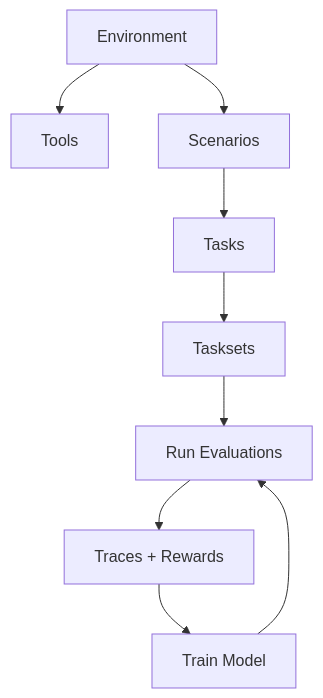
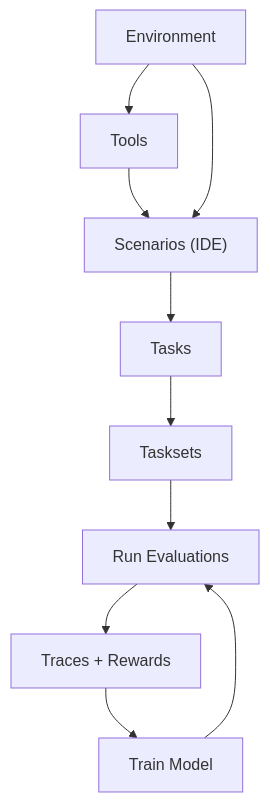
One commit to hud-evals/hud-python changed the diagram in docs/concepts.mdx. Above: the diagram before and after it, drawn with Mermaid. The commit also changed other lines of this file and 13 other files, not shown here.

````diff
--- a/docs/concepts.mdx
+++ b/docs/concepts.mdx
@@ -155,11 +159,12 @@
 ```mermaid
 flowchart TD
-    Env["Environment"] --> Tools["Tools"]
-    Env --> Scenarios["Scenarios"]
-    Scenarios --> Tasks["Tasks"]
+    Scenarios["Scenarios (IDE)"] --> Tasks["Tasks"]
+    Tools["Tools"] --> Scenarios
+    Env["Environment"] --> Tools
+    Env --> Scenarios
     Tasks --> Tasksets["Tasksets"]
     Tasksets --> Evals["Run Evaluations"]
     Evals --> Traces["Traces + Rewards"]
     Traces --> Training["Train Model"]
     Training --> Evals
 ```
````
